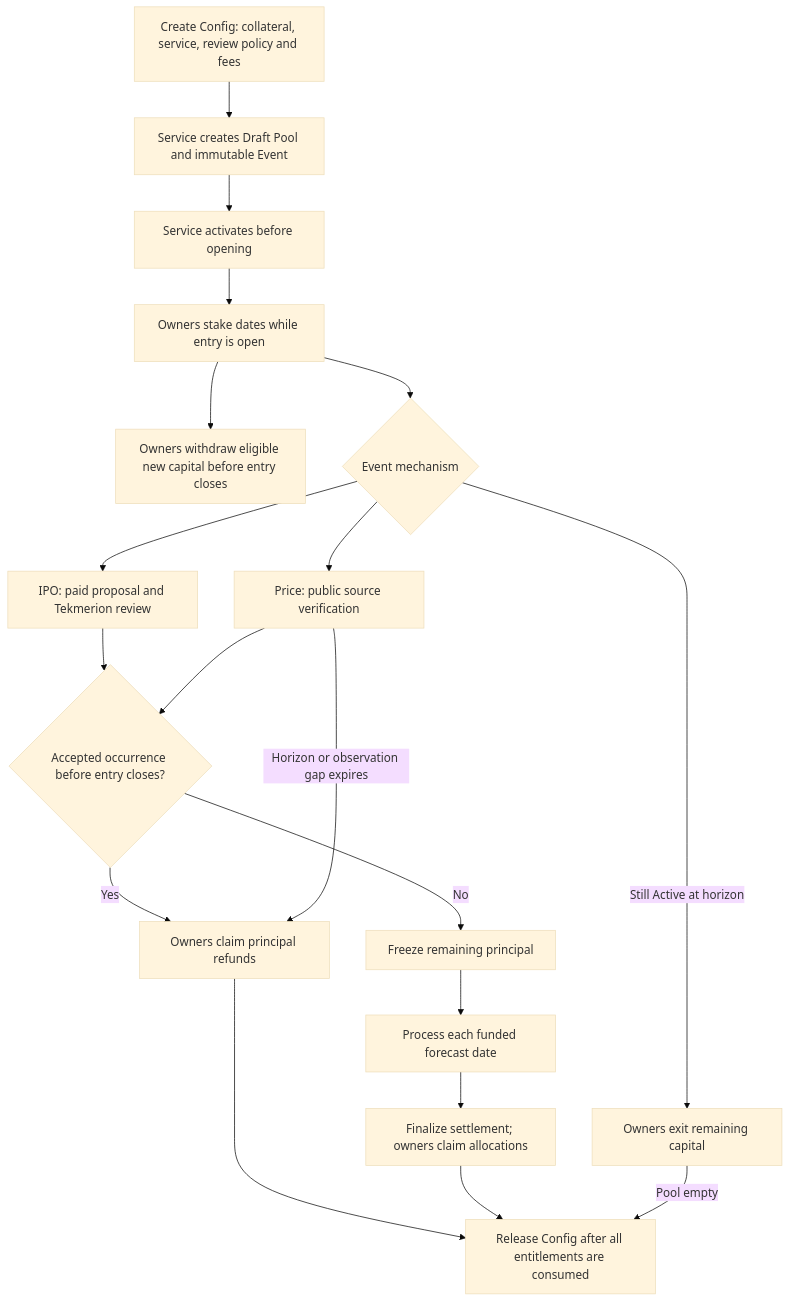
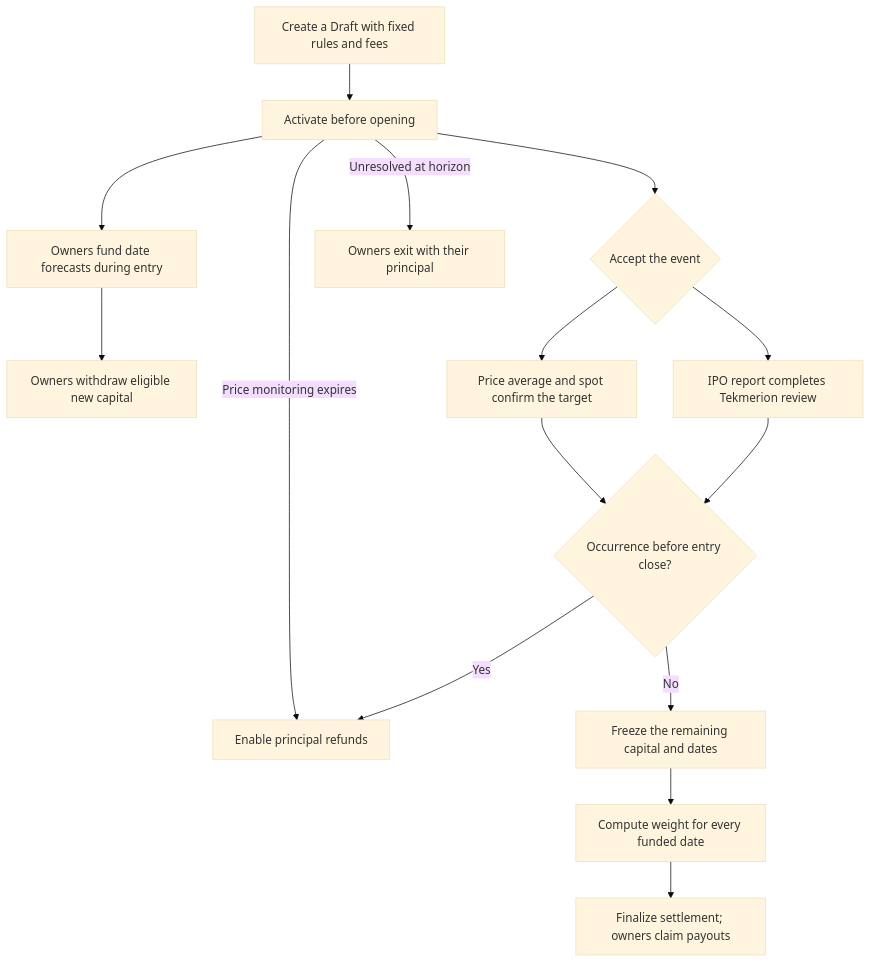
One commit to binqbit/manteon changed the first of 6 diagrams in docs/how-it-works.md. Above: the diagram before and after it, drawn with Mermaid (base theme). The commit also changed other lines of this file and 2 other files, not shown here.

Commit message:
Explain funded date forecasts and pool lifecycles

````diff
--- a/docs/how-it-works.md
+++ b/docs/how-it-works.md
@@ -10,21 +10,17 @@
 ```mermaid
 flowchart TD
-    Config["Create Config: collateral, service, review policy and fees"] --> Draft["Service creates Draft Pool and immutable Event"]
-    Draft --> Activate["Service activates before opening"]
-    Activate --> Entry["Owners stake dates while entry is open"]
-    Entry --> Withdraw["Owners withdraw eligible new capital before entry closes"]
-    Entry --> Resolve{"Event mechanism"}
-    Resolve --> IPO["IPO: paid proposal and Tekmerion review"]
-    Resolve --> Price["Price: public source verification"]
-    IPO --> Accepted{"Accepted occurrence before entry closes?"}
-    Price --> Accepted
-    Accepted -->|Yes| Refund["Owners claim principal refunds"]
-    Accepted -->|No| Freeze["Freeze remaining principal"]
-    Freeze --> Process["Process each funded forecast date"]
-    Process --> Claims["Finalize settlement; owners claim allocations"]
-    Resolve -->|"Still Active at horizon"| Exit["Owners exit remaining capital"]
-    Price -->|"Horizon or observation gap expires"| Refund
-    Refund --> Release["Release Config after all entitlements are consumed"]
-    Claims --> Release
-    Exit -->|"Pool empty"| Release
+    Draft["Create a Draft with fixed rules and fees"] --> Active["Activate before opening"]
+    Active --> Entry["Owners fund date forecasts during entry"]
+    Entry --> Withdrawal["Owners withdraw eligible new capital"]
+    Active --> Event{"Accept the event"}
+    Event --> IPO["IPO report completes Tekmerion review"]
+    Event --> Price["Price average and spot confirm the target"]
+    IPO --> Timing{"Occurrence before entry close?"}
+    Price --> Timing
+    Timing -->|Yes| Refund["Enable principal refunds"]
+    Timing -->|No| Freeze["Freeze the remaining capital and dates"]
+    Freeze --> Process["Compute weight for every funded date"]
+    Process --> Claims["Finalize settlement; owners claim payouts"]
+    Active -->|"Unresolved at horizon"| Exit["Owners exit with their principal"]
+    Active -->|"Price monitoring expires"| Refund
 ```
````
